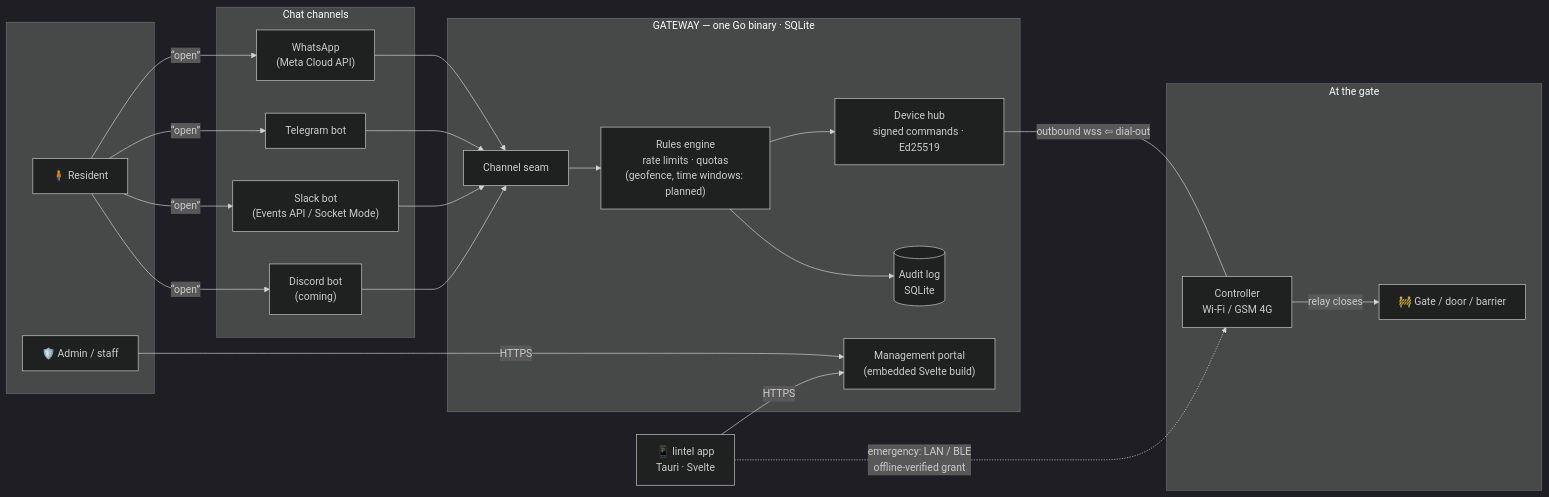
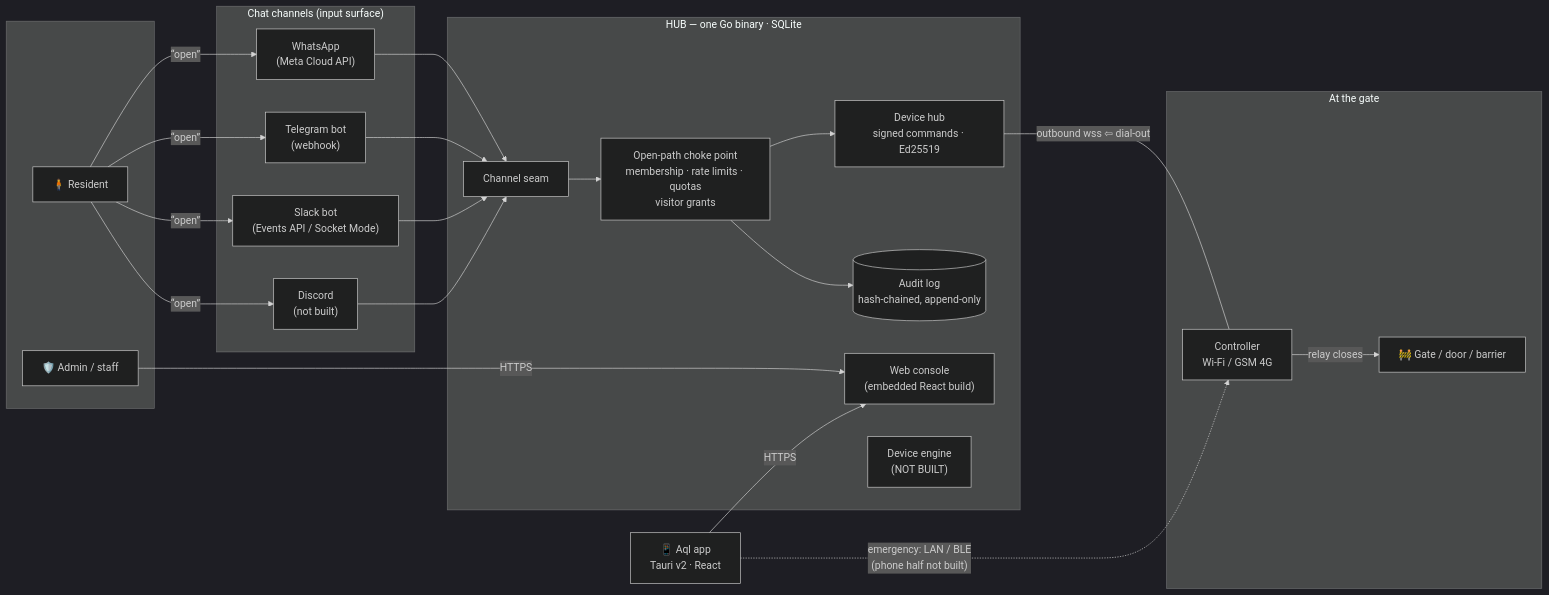
The first of 2 diagrams in ARCHITECTURE.md (vul-os/aql), drawn with Mermaid (dark theme) before and after one commit. The commit also changed other lines of this file and 50 other files, not shown here.

````diff
--- a/ARCHITECTURE.md
+++ b/ARCHITECTURE.md
@@ -17,40 +37,41 @@
 ```mermaid
 flowchart LR
     subgraph people [" "]
         R["🧍 Resident"]
         A["🛡️ Admin / staff"]
     end
 
-    subgraph channels ["Chat channels"]
+    subgraph channels ["Chat channels (input surface)"]
         WA["WhatsApp<br/>(Meta Cloud API)"]
-        TG["Telegram bot"]
+        TG["Telegram bot<br/>(webhook)"]
         SL["Slack bot<br/>(Events API / Socket Mode)"]
-        DC["Discord bot<br/>(coming)"]
+        DC["Discord<br/>(not built)"]
     end
 
-    subgraph gw ["GATEWAY — one Go binary · SQLite"]
+    subgraph gw ["HUB — one Go binary · SQLite"]
         CH["Channel seam"]
-        RE["Rules engine<br/>rate limits · quotas<br/>(geofence, time windows: planned)"]
-        PORTAL["Management portal<br/>(embedded Svelte build)"]
+        RE["Open-path choke point<br/>membership · rate limits · quotas<br/>visitor grants"]
+        PORTAL["Web console<br/>(embedded React build)"]
         HUB["Device hub<br/>signed commands · Ed25519"]
-        AUD[("Audit log<br/>SQLite")]
+        AUD[("Audit log<br/>hash-chained, append-only")]
+        DEV["Device engine<br/>(NOT BUILT)"]
     end
 
     subgraph site ["At the gate"]
         C["Controller<br/>Wi-Fi / GSM 4G"]
         G["🚧 Gate / door / barrier"]
     end
 
-    APP["📱 lintel app<br/>Tauri · Svelte"]
+    APP["📱 Aql app<br/>Tauri v2 · React"]
 
     R -- "“open”" --> WA & TG & SL & DC
     WA & TG & SL & DC --> CH
     CH --> RE
     A -- HTTPS --> PORTAL
     APP -- HTTPS --> PORTAL
     RE --> HUB
     RE --> AUD
     HUB -- "outbound wss ⇦ dial-out" --- C
     C -- relay closes --> G
-    APP -. "emergency: LAN / BLE<br/>offline-verified grant" .-> C
+    APP -. "emergency: LAN / BLE<br/>(phone half not built)" .-> C
 ```
````
